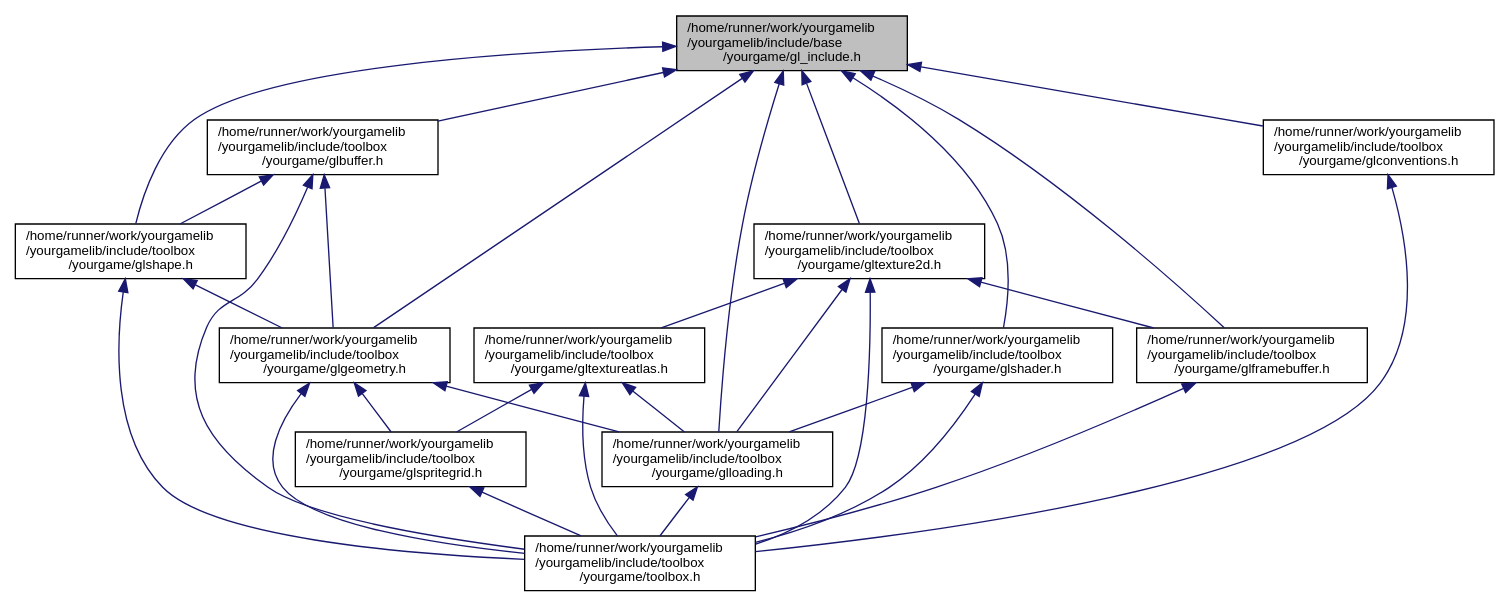
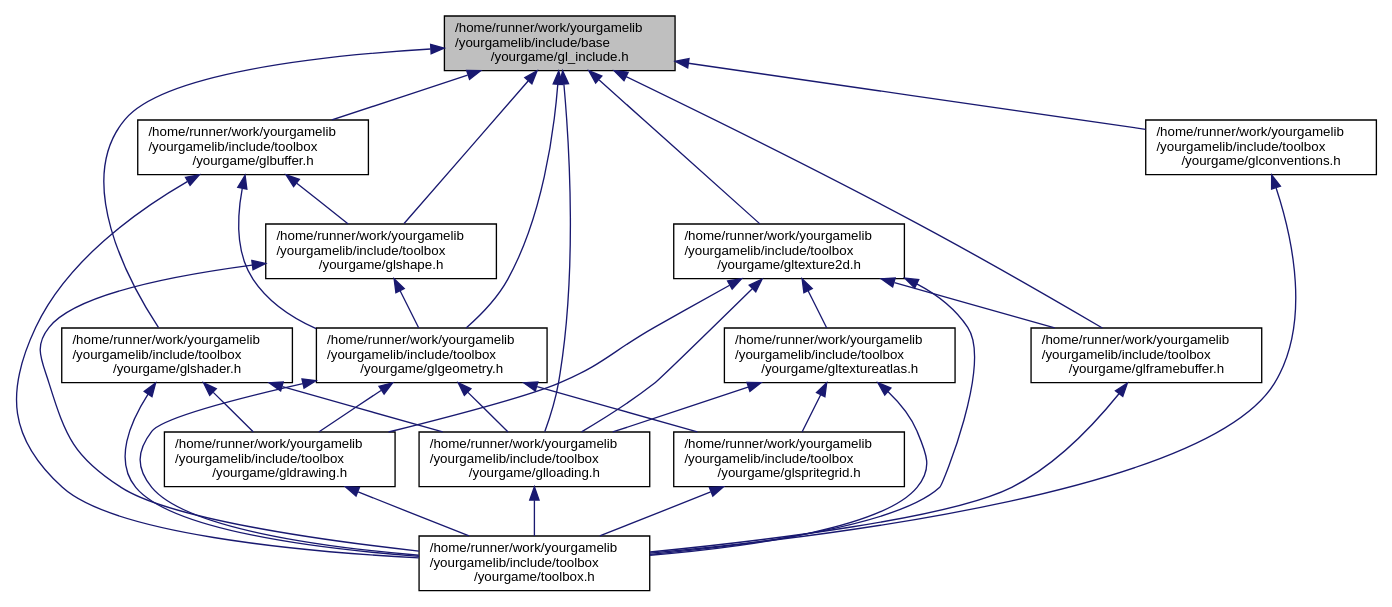
One commit to duddel/yourgamelib changed the diagram in gl__include_8h__dep__incl.dot. Above: the diagram before and after it, drawn with Graphviz. The commit also changed 50 other files, not shown here.

```diff
--- a/gl__include_8h__dep__incl.dot
+++ b/gl__include_8h__dep__incl.dot
@@ -1,46 +1,51 @@
 digraph "/home/runner/work/yourgamelib/yourgamelib/include/base/yourgame/gl_include.h"
 {
   edge [fontname="Helvetica",fontsize="10",labelfontname="Helvetica",labelfontsize="10"];
   node [fontname="Helvetica",fontsize="10",shape=record];
   Node1 [label="/home/runner/work/yourgamelib\l/yourgamelib/include/base\l/yourgame/gl_include.h",height=0.2,width=0.4,color="black", fillcolor="grey75", style="filled", fontcolor="black"];
   Node1 -> Node2 [dir="back",color="midnightblue",fontsize="10",style="solid",fontname="Helvetica"];
   Node2 [label="/home/runner/work/yourgamelib\l/yourgamelib/include/toolbox\l/yourgame/glbuffer.h",height=0.2,width=0.4,color="black", fillcolor="white", style="filled",URL="$glbuffer_8h.html"];
   Node2 -> Node3 [dir="back",color="midnightblue",fontsize="10",style="solid",fontname="Helvetica"];
   Node3 [label="/home/runner/work/yourgamelib\l/yourgamelib/include/toolbox\l/yourgame/glgeometry.h",height=0.2,width=0.4,color="black", fillcolor="white", style="filled",URL="$glgeometry_8h.html"];
   Node3 -> Node4 [dir="back",color="midnightblue",fontsize="10",style="solid",fontname="Helvetica"];
-  Node4 [label="/home/runner/work/yourgamelib\l/yourgamelib/include/toolbox\l/yourgame/glloading.h",height=0.2,width=0.4,color="black", fillcolor="white", style="filled",URL="$glloading_8h.html"];
+  Node4 [label="/home/runner/work/yourgamelib\l/yourgamelib/include/toolbox\l/yourgame/gldrawing.h",height=0.2,width=0.4,color="black", fillcolor="white", style="filled",URL="$gldrawing_8h.html"];
   Node4 -> Node5 [dir="back",color="midnightblue",fontsize="10",style="solid",fontname="Helvetica"];
   Node5 [label="/home/runner/work/yourgamelib\l/yourgamelib/include/toolbox\l/yourgame/toolbox.h",height=0.2,width=0.4,color="black", fillcolor="white", style="filled",URL="$toolbox_8h.html"];
   Node3 -> Node6 [dir="back",color="midnightblue",fontsize="10",style="solid",fontname="Helvetica"];
-  Node6 [label="/home/runner/work/yourgamelib\l/yourgamelib/include/toolbox\l/yourgame/glspritegrid.h",height=0.2,width=0.4,color="black", fillcolor="white", style="filled",URL="$glspritegrid_8h.html"];
+  Node6 [label="/home/runner/work/yourgamelib\l/yourgamelib/include/toolbox\l/yourgame/glloading.h",height=0.2,width=0.4,color="black", fillcolor="white", style="filled",URL="$glloading_8h.html"];
   Node6 -> Node5 [dir="back",color="midnightblue",fontsize="10",style="solid",fontname="Helvetica"];
+  Node3 -> Node7 [dir="back",color="midnightblue",fontsize="10",style="solid",fontname="Helvetica"];
+  Node7 [label="/home/runner/work/yourgamelib\l/yourgamelib/include/toolbox\l/yourgame/glspritegrid.h",height=0.2,width=0.4,color="black", fillcolor="white", style="filled",URL="$glspritegrid_8h.html"];
+  Node7 -> Node5 [dir="back",color="midnightblue",fontsize="10",style="solid",fontname="Helvetica"];
   Node3 -> Node5 [dir="back",color="midnightblue",fontsize="10",style="solid",fontname="Helvetica"];
-  Node2 -> Node7 [dir="back",color="midnightblue",fontsize="10",style="solid",fontname="Helvetica"];
-  Node7 [label="/home/runner/work/yourgamelib\l/yourgamelib/include/toolbox\l/yourgame/glshape.h",height=0.2,width=0.4,color="black", fillcolor="white", style="filled",URL="$glshape_8h.html"];
-  Node7 -> Node3 [dir="back",color="midnightblue",fontsize="10",style="solid",fontname="Helvetica"];
-  Node7 -> Node5 [dir="back",color="midnightblue",fontsize="10",style="solid",fontname="Helvetica"];
+  Node2 -> Node8 [dir="back",color="midnightblue",fontsize="10",style="solid",fontname="Helvetica"];
+  Node8 [label="/home/runner/work/yourgamelib\l/yourgamelib/include/toolbox\l/yourgame/glshape.h",height=0.2,width=0.4,color="black", fillcolor="white", style="filled",URL="$glshape_8h.html"];
+  Node8 -> Node3 [dir="back",color="midnightblue",fontsize="10",style="solid",fontname="Helvetica"];
+  Node8 -> Node5 [dir="back",color="midnightblue",fontsize="10",style="solid",fontname="Helvetica"];
   Node2 -> Node5 [dir="back",color="midnightblue",fontsize="10",style="solid",fontname="Helvetica"];
+  Node1 -> Node9 [dir="back",color="midnightblue",fontsize="10",style="solid",fontname="Helvetica"];
+  Node9 [label="/home/runner/work/yourgamelib\l/yourgamelib/include/toolbox\l/yourgame/glconventions.h",height=0.2,width=0.4,color="black", fillcolor="white", style="filled",URL="$glconventions_8h.html"];
+  Node9 -> Node5 [dir="back",color="midnightblue",fontsize="10",style="solid",fontname="Helvetica"];
+  Node1 -> Node10 [dir="back",color="midnightblue",fontsize="10",style="solid",fontname="Helvetica"];
+  Node10 [label="/home/runner/work/yourgamelib\l/yourgamelib/include/toolbox\l/yourgame/glframebuffer.h",height=0.2,width=0.4,color="black", fillcolor="white", style="filled",URL="$glframebuffer_8h.html"];
+  Node10 -> Node5 [dir="back",color="midnightblue",fontsize="10",style="solid",fontname="Helvetica"];
+  Node1 -> Node3 [dir="back",color="midnightblue",fontsize="10",style="solid",fontname="Helvetica"];
   Node1 -> Node8 [dir="back",color="midnightblue",fontsize="10",style="solid",fontname="Helvetica"];
-  Node8 [label="/home/runner/work/yourgamelib\l/yourgamelib/include/toolbox\l/yourgame/glconventions.h",height=0.2,width=0.4,color="black", fillcolor="white", style="filled",URL="$glconventions_8h.html"];
-  Node8 -> Node5 [dir="back",color="midnightblue",fontsize="10",style="solid",fontname="Helvetica"];
-  Node1 -> Node9 [dir="back",color="midnightblue",fontsize="10",style="solid",fontname="Helvetica"];
-  Node9 [label="/home/runner/work/yourgamelib\l/yourgamelib/include/toolbox\l/yourgame/glframebuffer.h",height=0.2,width=0.4,color="black", fillcolor="white", style="filled",URL="$glframebuffer_8h.html"];
-  Node9 -> Node5 [dir="back",color="midnightblue",fontsize="10",style="solid",fontname="Helvetica"];
-  Node1 -> Node3 [dir="back",color="midnightblue",fontsize="10",style="solid",fontname="Helvetica"];
-  Node1 -> Node7 [dir="back",color="midnightblue",fontsize="10",style="solid",fontname="Helvetica"];
-  Node1 -> Node4 [dir="back",color="midnightblue",fontsize="10",style="solid",fontname="Helvetica"];
-  Node1 -> Node10 [dir="back",color="midnightblue",fontsize="10",style="solid",fontname="Helvetica"];
-  Node10 [label="/home/runner/work/yourgamelib\l/yourgamelib/include/toolbox\l/yourgame/glshader.h",height=0.2,width=0.4,color="black", fillcolor="white", style="filled",URL="$glshader_8h.html"];
-  Node10 -> Node4 [dir="back",color="midnightblue",fontsize="10",style="solid",fontname="Helvetica"];
-  Node10 -> Node5 [dir="back",color="midnightblue",fontsize="10",style="solid",fontname="Helvetica"];
+  Node1 -> Node6 [dir="back",color="midnightblue",fontsize="10",style="solid",fontname="Helvetica"];
   Node1 -> Node11 [dir="back",color="midnightblue",fontsize="10",style="solid",fontname="Helvetica"];
-  Node11 [label="/home/runner/work/yourgamelib\l/yourgamelib/include/toolbox\l/yourgame/gltexture2d.h",height=0.2,width=0.4,color="black", fillcolor="white", style="filled",URL="$gltexture2d_8h.html"];
-  Node11 -> Node9 [dir="back",color="midnightblue",fontsize="10",style="solid",fontname="Helvetica"];
+  Node11 [label="/home/runner/work/yourgamelib\l/yourgamelib/include/toolbox\l/yourgame/glshader.h",height=0.2,width=0.4,color="black", fillcolor="white", style="filled",URL="$glshader_8h.html"];
   Node11 -> Node4 [dir="back",color="midnightblue",fontsize="10",style="solid",fontname="Helvetica"];
-  Node11 -> Node12 [dir="back",color="midnightblue",fontsize="10",style="solid",fontname="Helvetica"];
-  Node12 [label="/home/runner/work/yourgamelib\l/yourgamelib/include/toolbox\l/yourgame/gltextureatlas.h",height=0.2,width=0.4,color="black", fillcolor="white", style="filled",URL="$gltextureatlas_8h.html"];
+  Node11 -> Node6 [dir="back",color="midnightblue",fontsize="10",style="solid",fontname="Helvetica"];
+  Node11 -> Node5 [dir="back",color="midnightblue",fontsize="10",style="solid",fontname="Helvetica"];
+  Node1 -> Node12 [dir="back",color="midnightblue",fontsize="10",style="solid",fontname="Helvetica"];
+  Node12 [label="/home/runner/work/yourgamelib\l/yourgamelib/include/toolbox\l/yourgame/gltexture2d.h",height=0.2,width=0.4,color="black", fillcolor="white", style="filled",URL="$gltexture2d_8h.html"];
   Node12 -> Node4 [dir="back",color="midnightblue",fontsize="10",style="solid",fontname="Helvetica"];
+  Node12 -> Node10 [dir="back",color="midnightblue",fontsize="10",style="solid",fontname="Helvetica"];
   Node12 -> Node6 [dir="back",color="midnightblue",fontsize="10",style="solid",fontname="Helvetica"];
+  Node12 -> Node13 [dir="back",color="midnightblue",fontsize="10",style="solid",fontname="Helvetica"];
+  Node13 [label="/home/runner/work/yourgamelib\l/yourgamelib/include/toolbox\l/yourgame/gltextureatlas.h",height=0.2,width=0.4,color="black", fillcolor="white", style="filled",URL="$gltextureatlas_8h.html"];
+  Node13 -> Node6 [dir="back",color="midnightblue",fontsize="10",style="solid",fontname="Helvetica"];
+  Node13 -> Node7 [dir="back",color="midnightblue",fontsize="10",style="solid",fontname="Helvetica"];
+  Node13 -> Node5 [dir="back",color="midnightblue",fontsize="10",style="solid",fontname="Helvetica"];
   Node12 -> Node5 [dir="back",color="midnightblue",fontsize="10",style="solid",fontname="Helvetica"];
-  Node11 -> Node5 [dir="back",color="midnightblue",fontsize="10",style="solid",fontname="Helvetica"];
 }
```
